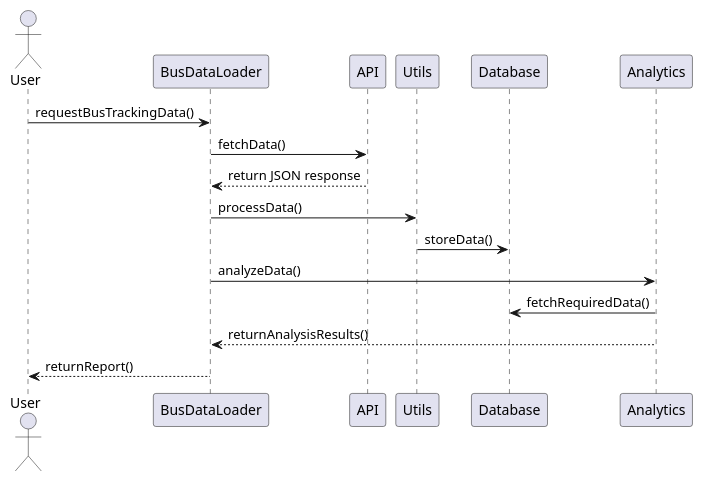
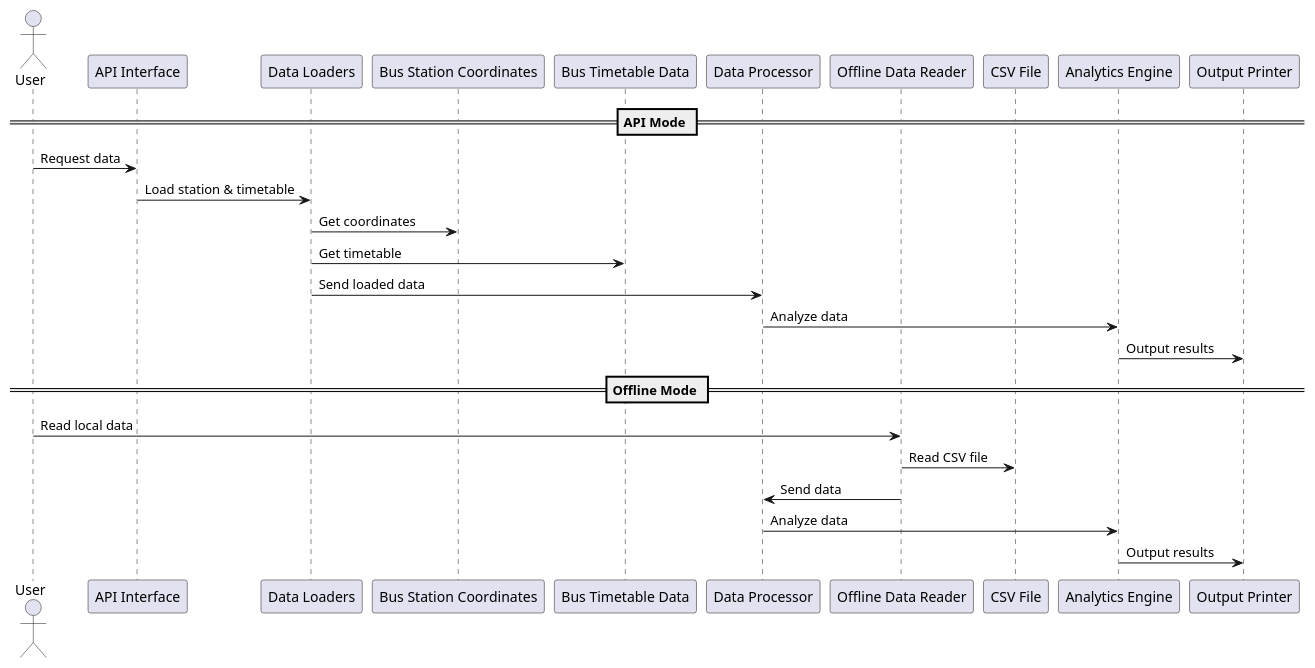
The diagram in Zaliczeniowy_autobusy/diagrams_before_refactoring/Sequence.puml (kate20031/Bus_Tracker_Refactored), drawn with PlantUML before and after one commit. The commit also changed 23 other files, not shown here.

Commit message:
Diagram changed

```diff
--- a/Zaliczeniowy_autobusy/diagrams_before_refactoring/Sequence.puml
+++ b/Zaliczeniowy_autobusy/diagrams_before_refactoring/Sequence.puml
@@ -1,18 +1,32 @@
 @startuml
+
+
 actor User
-participant "BusDataLoader" as BDL
-participant "API" as API
-participant "Utils" as UTL
-participant "Database" as DB
-participant "Analytics" as ANA
 
-User -> BDL : requestBusTrackingData()
-BDL -> API : fetchData()
-API --> BDL : return JSON response
-BDL -> UTL : processData()
-UTL -> DB : storeData()
-BDL -> ANA : analyzeData()
-ANA -> DB : fetchRequiredData()
-ANA --> BDL : returnAnalysisResults()
-BDL --> User : returnReport()
+participant "API Interface" as API
+participant "Data Loaders" as Loaders
+participant "Bus Station Coordinates" as StationCoords
+participant "Bus Timetable Data" as Timetable
+participant "Data Processor" as Processor
+participant "Offline Data Reader" as OfflineReader
+participant "CSV File" as CSV
+participant "Analytics Engine" as Analytics
+participant "Output Printer" as Printer
+
+== API Mode ==
+User -> API : Request data
+API -> Loaders : Load station & timetable
+Loaders -> StationCoords : Get coordinates
+Loaders -> Timetable : Get timetable
+Loaders -> Processor : Send loaded data
+Processor -> Analytics : Analyze data
+Analytics -> Printer : Output results
+
+== Offline Mode ==
+User -> OfflineReader : Read local data
+OfflineReader -> CSV : Read CSV file
+OfflineReader -> Processor : Send data
+Processor -> Analytics : Analyze data
+Analytics -> Printer : Output results
+
 @enduml
```
